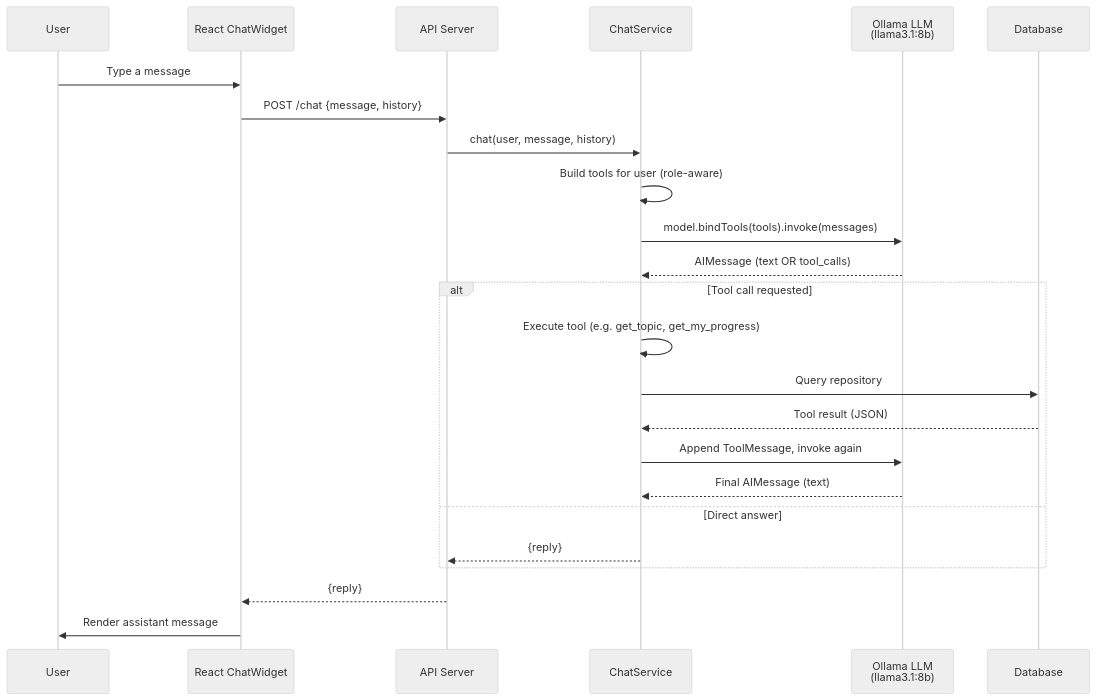
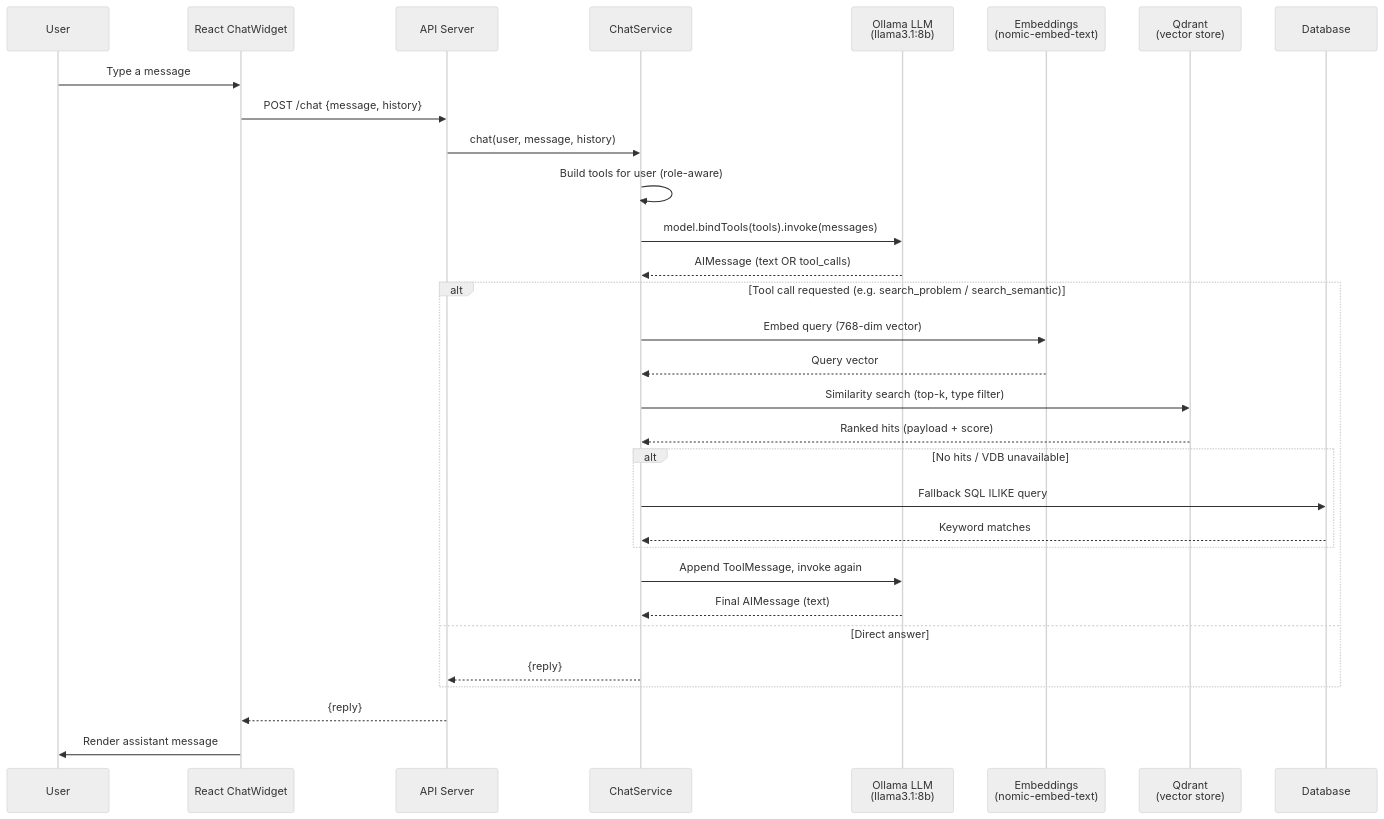
The sixth of 13 diagrams in HLD.md (tusharb8/dsa_sheet), drawn with Mermaid (neutral theme) before and after one commit. The commit also changed other lines of this file and 8 other files, not shown here.

````diff
--- a/HLD.md
+++ b/HLD.md
@@ -158,27 +162,34 @@
 ```mermaid
 sequenceDiagram
     participant User as User
     participant Client as React ChatWidget
     participant Server as API Server
     participant Svc as ChatService
     participant Ollama as Ollama LLM<br/>(llama3.1:8b)
+    participant Embed as Embeddings<br/>(nomic-embed-text)
+    participant VDB as Qdrant<br/>(vector store)
     participant DB as Database
 
     User->>Client: Type a message
     Client->>Server: POST /chat {message, history}
     Server->>Svc: chat(user, message, history)
     Svc->>Svc: Build tools for user (role-aware)
     Svc->>Ollama: model.bindTools(tools).invoke(messages)
     Ollama-->>Svc: AIMessage (text OR tool_calls)
-    alt Tool call requested
-        Svc->>Svc: Execute tool (e.g. get_topic, get_my_progress)
-        Svc->>DB: Query repository
-        DB-->>Svc: Tool result (JSON)
+    alt Tool call requested (e.g. search_problem / search_semantic)
+        Svc->>Embed: Embed query (768-dim vector)
+        Embed-->>Svc: Query vector
+        Svc->>VDB: Similarity search (top-k, type filter)
+        VDB-->>Svc: Ranked hits (payload + score)
+        alt No hits / VDB unavailable
+            Svc->>DB: Fallback SQL ILIKE query
+            DB-->>Svc: Keyword matches
+        end
         Svc->>Ollama: Append ToolMessage, invoke again
         Ollama-->>Svc: Final AIMessage (text)
     else Direct answer
         Svc-->>Server: {reply}
     end
     Server-->>Client: {reply}
     Client->>User: Render assistant message
 ```
````
